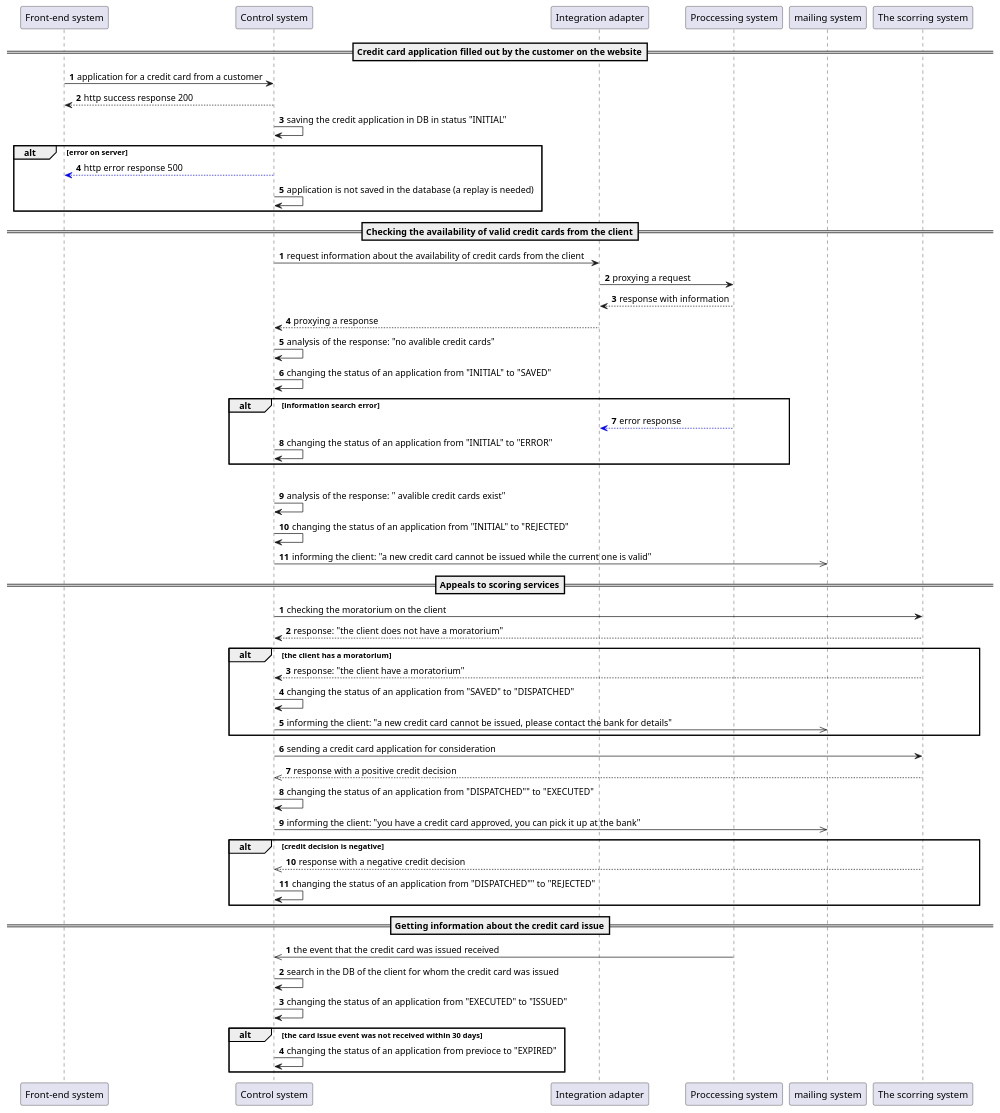
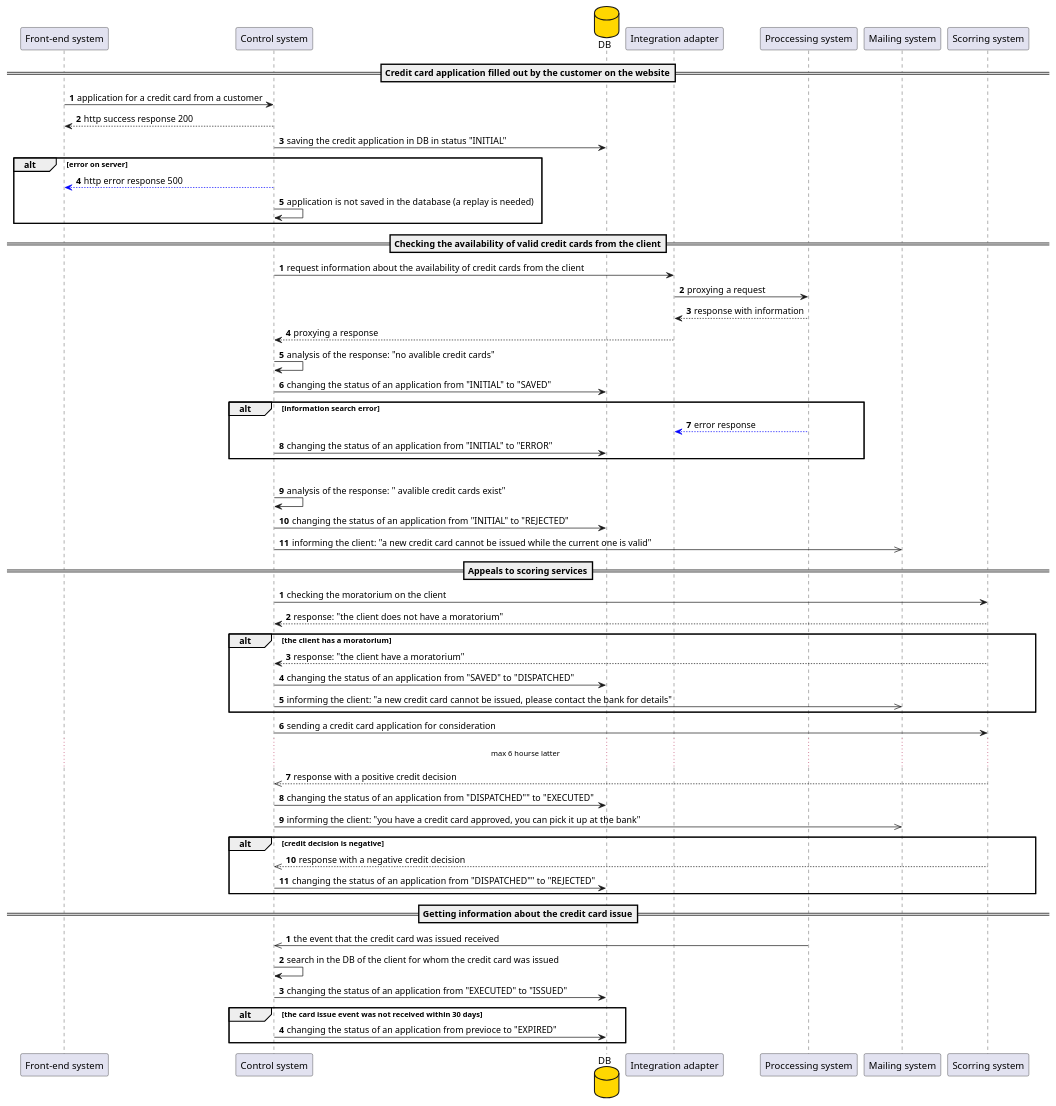
Before and after one commit to Hello-Stella/Solutions: the diagram in .idea/src/main/uml/sequence diagram/Loan application.puml, drawn with PlantUML.

Commit message:
update sequence diagram

```diff
--- a/.idea/src/main/uml/sequence diagram/Loan application.puml
+++ b/.idea/src/main/uml/sequence diagram/Loan application.puml
@@ -1,67 +1,70 @@
 @startuml
 
 
 ==Credit card application filled out by the customer on the website==
 autonumber
 "Front-end system" -> "Control system": application for a credit card from a customer
 "Front-end system" <-- "Control system": http success response 200
-"Control system" -> "Control system": saving the credit application in DB in status "INITIAL"
+database DB  #gold
+"Control system" -> DB:saving the credit application in DB in status "INITIAL"
+
 
 alt error on server
 "Front-end system" <-[#blue]- "Control system": http error response 500
 "Control system" -> "Control system": application is not saved in the database (a replay is needed)
 end
 
 ==Checking the availability of valid credit cards from the client==
 autonumber
 "Control system" -> "Integration adapter": request information about the availability of credit cards from the client
 "Integration adapter" -> "Proccessing system": proxying a request
 "Integration adapter" <-- "Proccessing system": response with information
 "Control system" <-- "Integration adapter": proxying a response
 "Control system" -> "Control system": analysis of the response: "no avalible credit cards"
-"Control system" -> "Control system": changing the status of an application from "INITIAL" to "SAVED"
+"Control system" -> DB:changing the status of an application from "INITIAL" to "SAVED"
 
 alt information search error
 "Integration adapter" <-[#blue]- "Proccessing system": error response
-"Control system" -> "Control system": changing the status of an application from "INITIAL" to "ERROR"
+"Control system" -> DB: changing the status of an application from "INITIAL" to "ERROR"
 end
 
 alt avalible credit cards detected
 "Control system" -> "Control system": analysis of the response: " avalible credit cards exist"
-"Control system" -> "Control system": changing the status of an application from "INITIAL" to "REJECTED"
-"Control system" ->> "mailing system": informing the client: "a new credit card cannot be issued while the current one is valid"
+"Control system" -> DB: changing the status of an application from "INITIAL" to "REJECTED"
+"Control system" ->> "Mailing system": informing the client: "a new credit card cannot be issued while the current one is valid" /'because if client already has a loan, it is impossible to open a new one'/
 
 
 ==Appeals to scoring services==
 autonumber
-"Control system" -> "The scorring system": checking the moratorium on the client
-"Control system" <-- "The scorring system": response: "the client does not have a moratorium"
+"Control system" -> "Scorring system": checking the moratorium on the client
+"Control system" <-- "Scorring system": response: "the client does not have a moratorium"
 
 alt the client has a moratorium
-"Control system" <-- "The scorring system": response: "the client have a moratorium"
-"Control system" -> "Control system": changing the status of an application from "SAVED" to "DISPATCHED"
-"Control system" ->> "mailing system": informing the client: "a new credit card cannot be issued, please contact the bank for details"
+"Control system" <-- "Scorring system": response: "the client have a moratorium"
+"Control system" -> DB: changing the status of an application from "SAVED" to "DISPATCHED"
+"Control system" ->> "Mailing system": informing the client: "a new credit card cannot be issued, please contact the bank for details" /'bacause if client has a moratorium, he need to deal with it'/
 end
 
-"Control system" -> "The scorring system": sending a credit card application for consideration
-"Control system" <<-- "The scorring system": response with a positive credit decision
-"Control system" -> "Control system": changing the status of an application from "DISPATCHED"" to "EXECUTED"
-"Control system" ->> "mailing system": informing the client: "you have a credit card approved, you can pick it up at the bank"
+"Control system" -> "Scorring system": sending a credit card application for consideration
+...max 6 hourse latter ...
+"Control system" <<-- "Scorring system": response with a positive credit decision
+"Control system" -> DB: changing the status of an application from "DISPATCHED"" to "EXECUTED"
+"Control system" ->> "Mailing system": informing the client: "you have a credit card approved, you can pick it up at the bank"
 
 
 alt credit decision is negative
-"Control system" <<-- "The scorring system": response with a negative credit decision
-"Control system" -> "Control system": changing the status of an application from "DISPATCHED"" to "REJECTED"
+"Control system" <<-- "Scorring system": response with a negative credit decision
+"Control system" -> DB: changing the status of an application from "DISPATCHED"" to "REJECTED"
  end
 
 ==Getting information about the credit card issue==
 autonumber
 "Control system" <<- "Proccessing system": the event that the credit card was issued received
 "Control system" -> "Control system": search in the DB of the client for whom the credit card was issued
-"Control system" -> "Control system": changing the status of an application from "EXECUTED" to "ISSUED"
-alt the card issue event was not received within 30 days
-"Control system" -> "Control system": changing the status of an application from previoce to "EXPIRED"
+"Control system" -> DB: changing the status of an application from "EXECUTED" to "ISSUED"
+alt the card issue event was not received within 30 days /'this is possible if the client did not come to the bank for his credit card'/
+"Control system" -> DB: changing the status of an application from previoce to "EXPIRED"
 end
 
 
 @enduml
```
